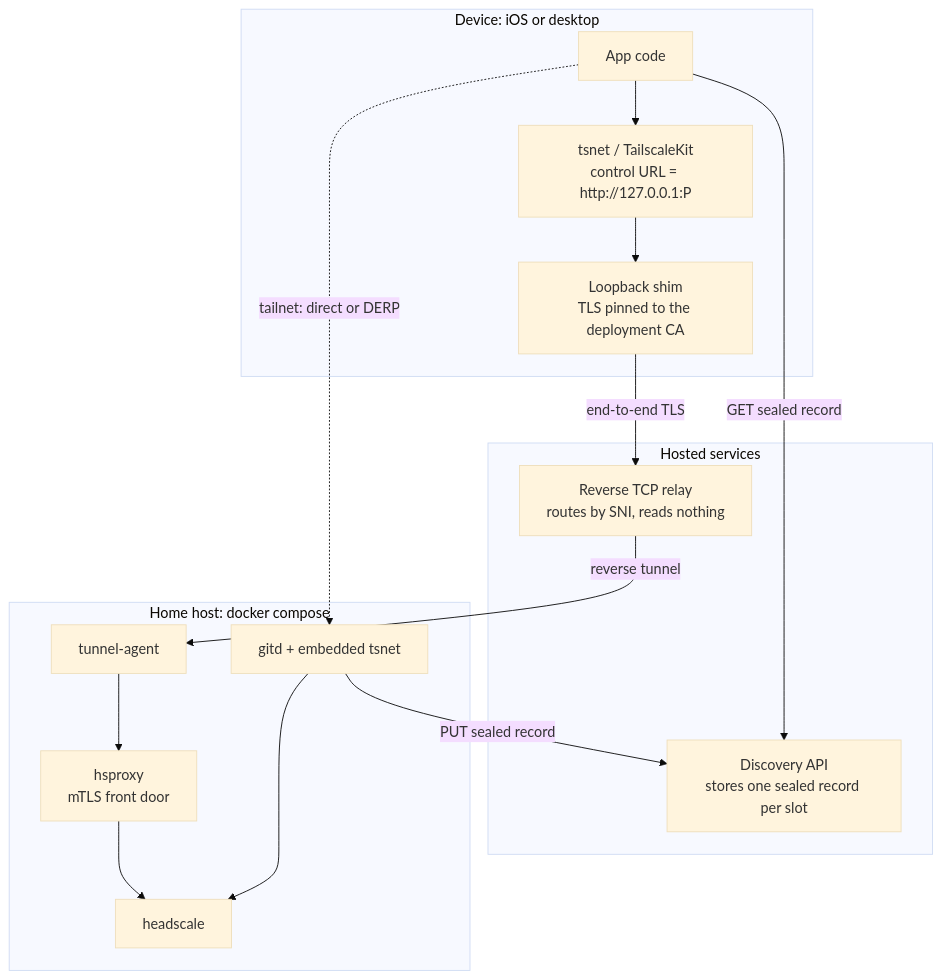
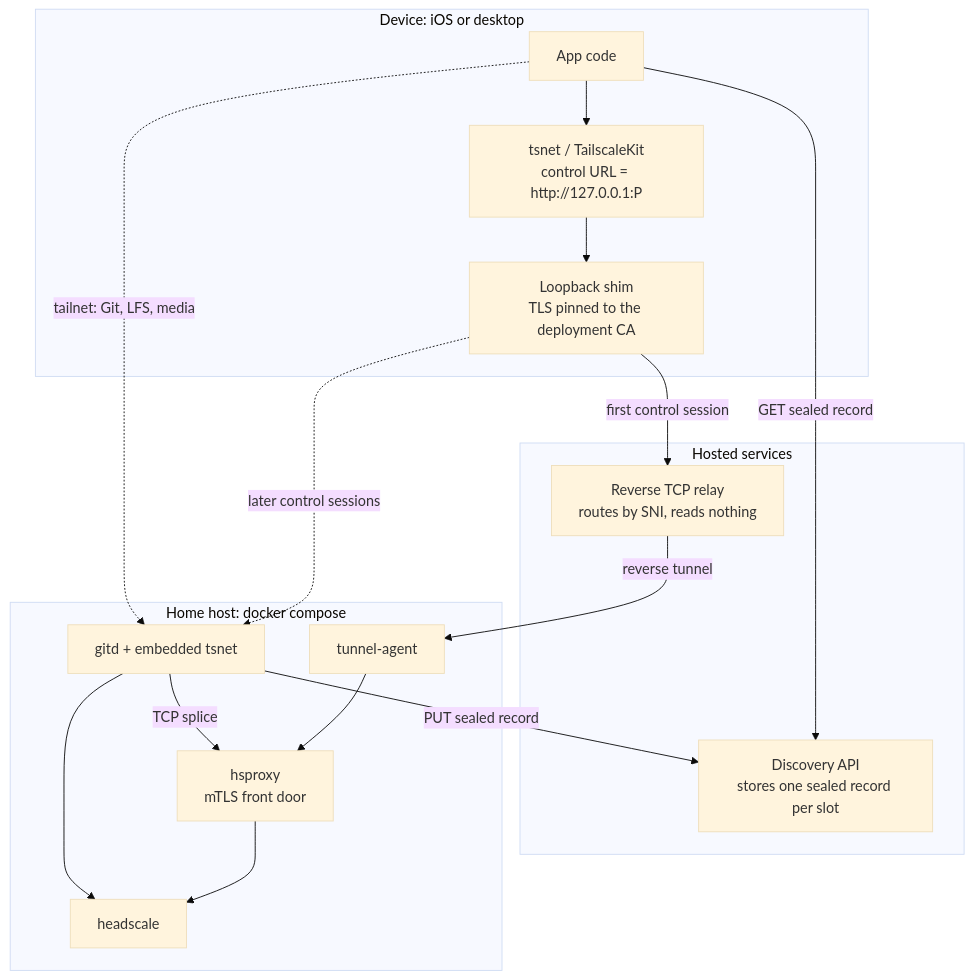
One commit to mr-andreas/replycant changed the diagram in docs/docs/gitdb/connectivity.md. Above: the diagram before and after it, drawn with Mermaid (base theme). The commit also changed other lines of this file and 54 other files, not shown here.

````diff
--- a/docs/docs/gitdb/connectivity.md
+++ b/docs/docs/gitdb/connectivity.md
@@ -14,30 +14,32 @@
 ```mermaid
 flowchart TB
     subgraph client [Device: iOS or desktop]
         App[App code]
         TS["tsnet / TailscaleKit<br/>control URL = http://127.0.0.1:P"]
         Shim["Loopback shim<br/>TLS pinned to the deployment CA"]
         App --> TS
         TS --> Shim
     end
 
     subgraph aws [Hosted services]
         Disc["Discovery API<br/>stores one sealed record per slot"]
         Tun["Reverse TCP relay<br/>routes by SNI, reads nothing"]
     end
 
     subgraph home [Home host: docker compose]
         Agent[tunnel-agent]
         HSP["hsproxy<br/>mTLS front door"]
         HS[headscale]
         GITD["gitd + embedded tsnet"]
         Agent --> HSP --> HS
         GITD --> HS
     end
 
-    Shim -->|"end-to-end TLS"| Tun
+    Shim -->|"first control session"| Tun
     Tun -->|"reverse tunnel"| Agent
+    Shim -.->|"later control sessions"| GITD
+    GITD -->|"TCP splice"| HSP
     App -->|"GET sealed record"| Disc
     GITD -->|"PUT sealed record"| Disc
-    App -.->|"tailnet: direct or DERP"| GITD
+    App -.->|"tailnet: Git, LFS, media"| GITD
 ```
````
